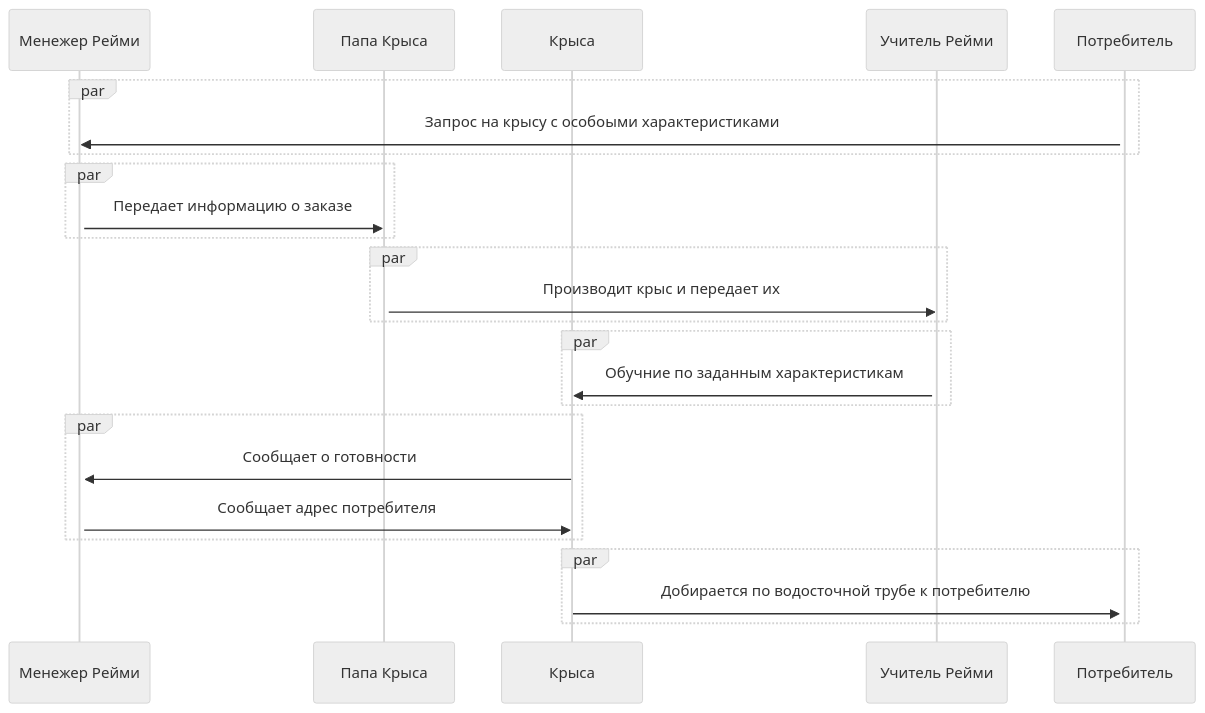
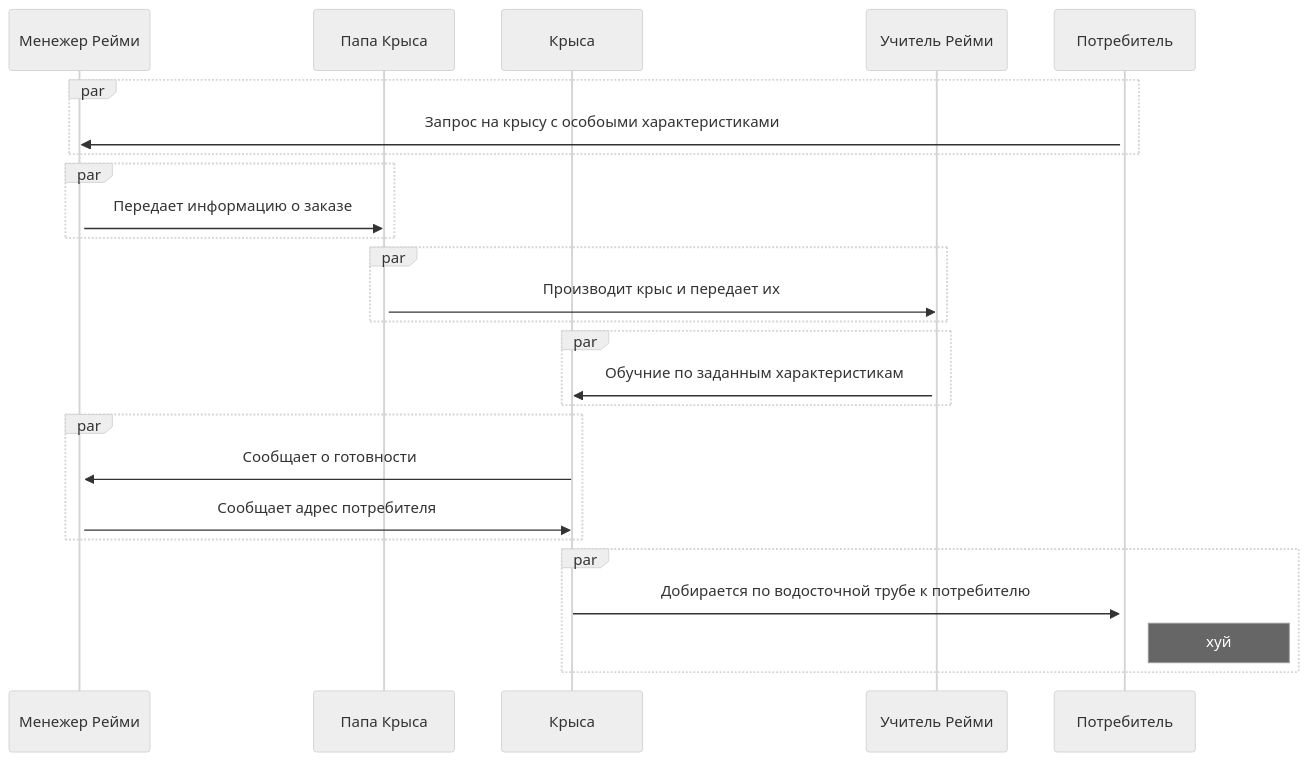
Before and after one commit to VegaMethadone/Software-engineering-: the diagram in README.md, drawn with Mermaid (neutral theme).

````diff
--- a/README.md
+++ b/README.md
@@ -13,34 +13,35 @@
 ```mermaid
 sequenceDiagram
     participant МР as Менежер Рейми
     participant ПК as Папа Крыса
     participant К as Крыса
     participant Р as Учитель Рейми
     participant П as Потребитель
     activate П
     par
         П->>МР: Запрос на крысу с особоыми характеристиками 
     end
     activate МР
     par
         МР->>ПК:Передает информацию о заказе
     end
     activate ПК
     par
         ПК->>Р: Производит крыс и передает их
     end
     activate Р
     par 
         Р->>К:Обучние по заданным характеристикам
     end
     par
         К->>МР:Сообщает о готовности 
         МР->>К:Сообщает адрес потребителя
     end
     par
         К->>П: Добирается по водосточной трубе к потребителю
+        note right of П: хуй
     end
     
     
     
 ```
````
